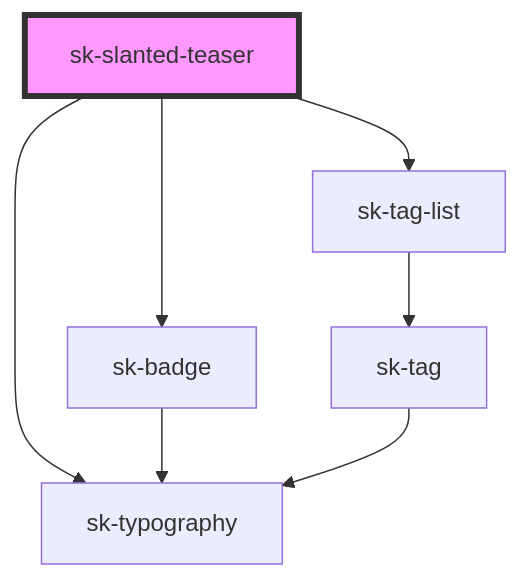
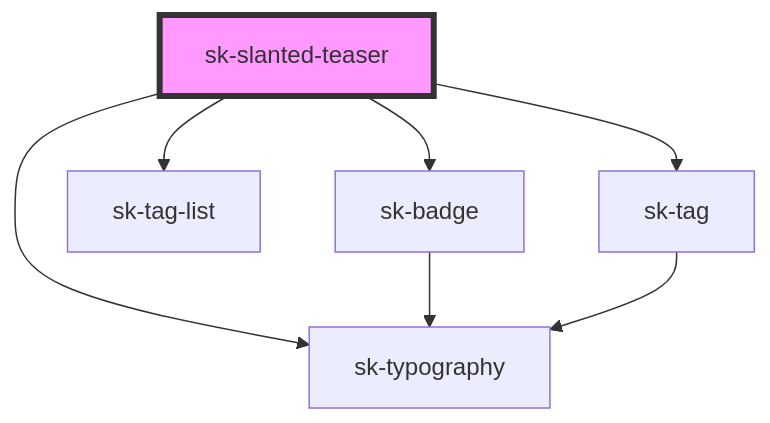
The diagram in stencil/src/components/slanted-teaser/readme.md (simonknittel/components), drawn with Mermaid before and after one commit. The commit also changed other lines of this file and 17 other files, not shown here.

Commit message:
Round corners for teasers; BREAKING: Replace items attribte of sk-tag-list with slot; Add new font size

````diff
--- a/stencil/src/components/slanted-teaser/readme.md
+++ b/stencil/src/components/slanted-teaser/readme.md
@@ -30,10 +31,10 @@
 ```mermaid
 graph TD;
   sk-slanted-teaser --> sk-typography
   sk-slanted-teaser --> sk-badge
   sk-slanted-teaser --> sk-tag-list
+  sk-slanted-teaser --> sk-tag
   sk-badge --> sk-typography
-  sk-tag-list --> sk-tag
   sk-tag --> sk-typography
   style sk-slanted-teaser fill:#f9f,stroke:#333,stroke-width:4px
 ```
````
